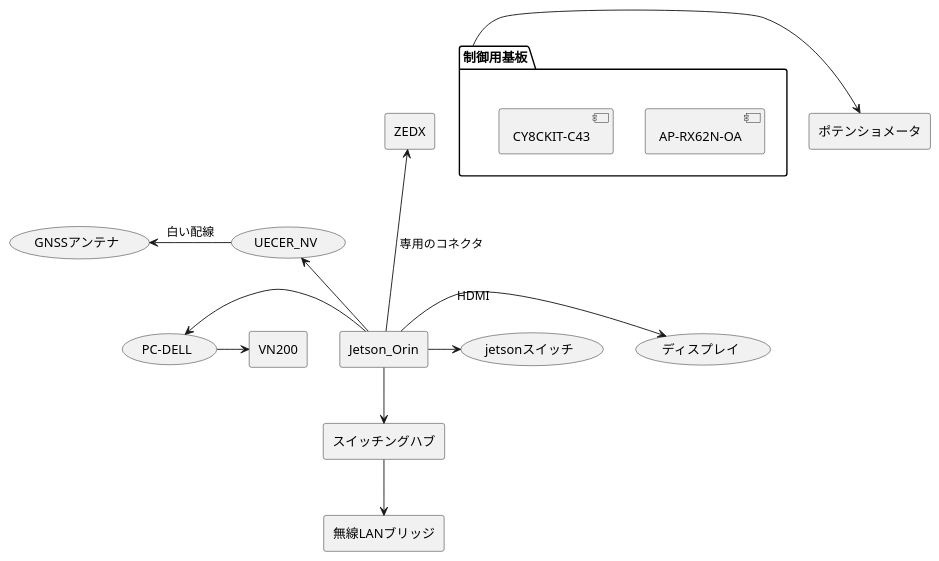
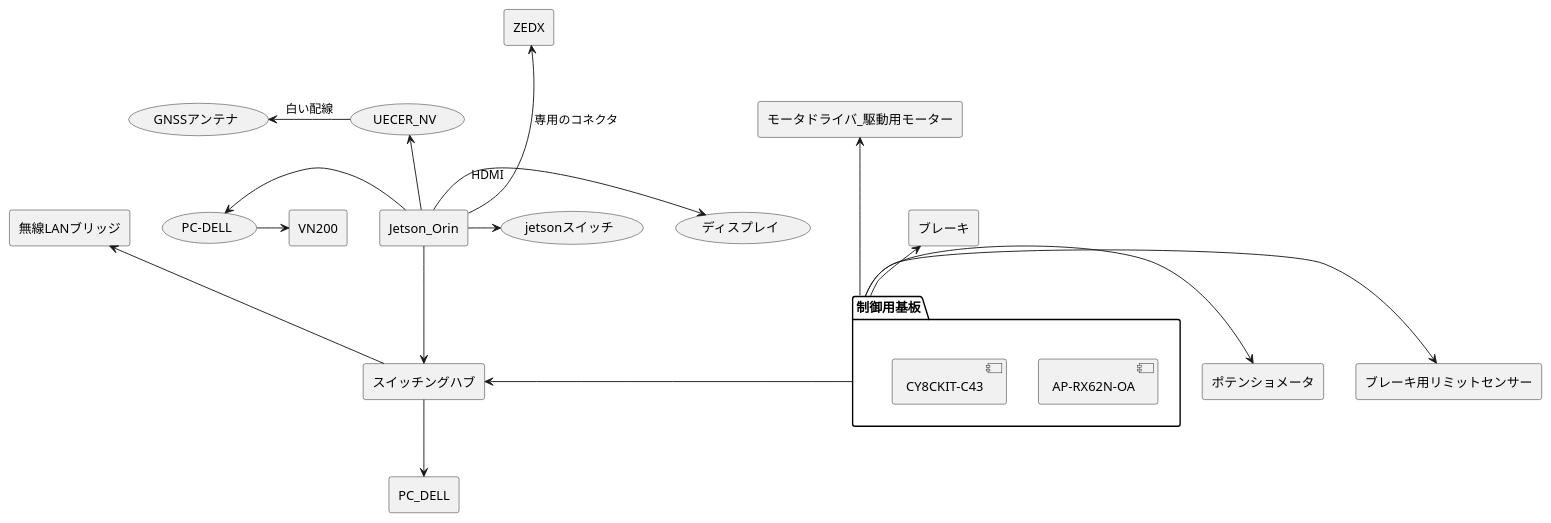
One commit to kyo0221/git_memo changed the diagram in plantUML/hoge.pu. Above: the diagram before and after it, drawn with PlantUML. The commit also changed other lines of this file, not shown here.

Commit message:
✨feat: 部分的な機能追加

```diff
--- a/plantUML/hoge.pu
+++ b/plantUML/hoge.pu
@@ -1,37 +2,46 @@
 @startuml hoge
 agent Jetson_Orin
 agent ZEDX
 agent VN200
 agent ポテンショメータ
 agent スイッチングハブ
 agent 無線LANブリッジ
+agent ブレーキ
+agent ブレーキ用リミットセンサー
+agent モータドライバ_駆動用モーター
+agent PC_DELL
+
 
 agent 制御用基板
 
 
 (GNSSアンテナ)
 (UECER_NV)
 (ディスプレイ)
 
 Jetson_Orin --up-> ZEDX:専用のコネクタ
 Jetson_Orin -up-> (UECER_NV)
 (UECER_NV) -left-> (GNSSアンテナ):白い配線
 Jetson_Orin -> (ディスプレイ):HDMI
 
 Jetson_Orin -left-> (PC-DELL)
 (PC-DELL) -> VN200
 
 Jetson_Orin -> (jetsonスイッチ)
 Jetson_Orin --> スイッチングハブ
 
-スイッチングハブ --> 無線LANブリッジ
+スイッチングハブ -up-> 無線LANブリッジ
+スイッチングハブ --> PC_DELL
 
 package "制御用基板" {
     [AP-RX62N-OA]
     [CY8CKIT-C43]
 }
 
 制御用基板 -right-> ポテンショメータ
-
+制御用基板 -up-> ブレーキ
+制御用基板 -right-> ブレーキ用リミットセンサー
+制御用基板 -up--> モータドライバ_駆動用モーター
+制御用基板 -left-> スイッチングハブ
 
 @enduml
```
